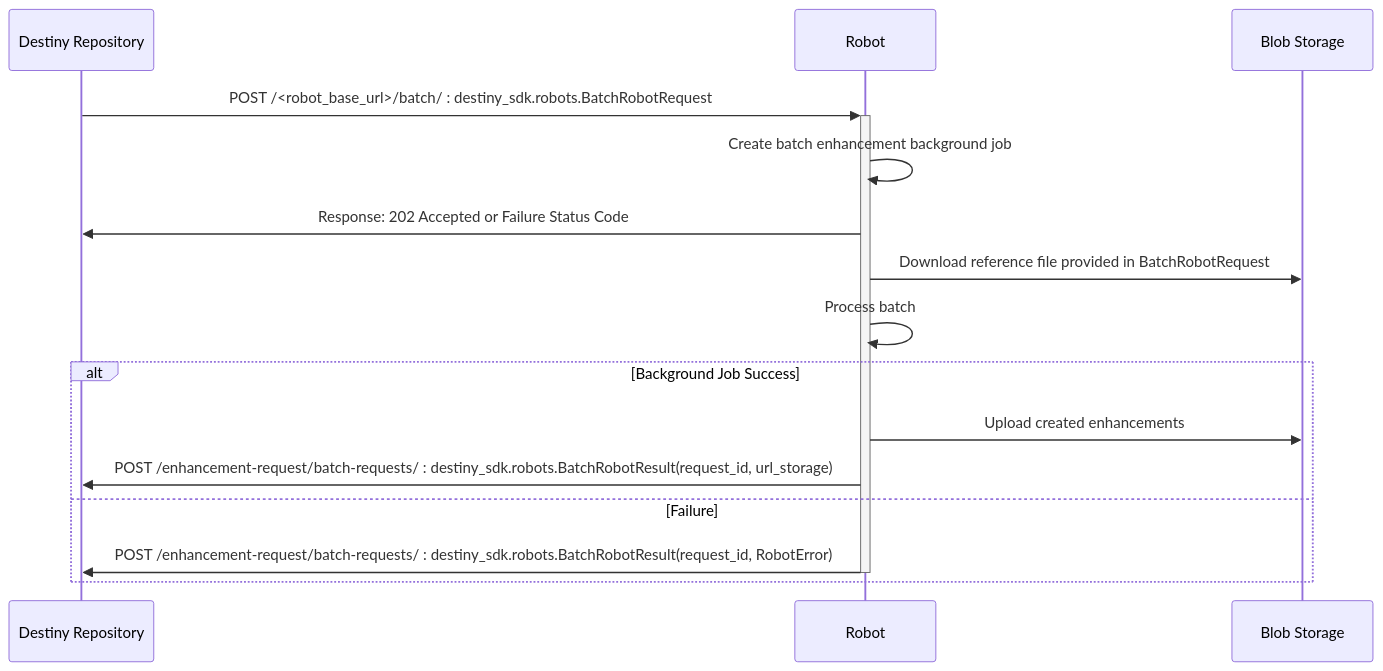
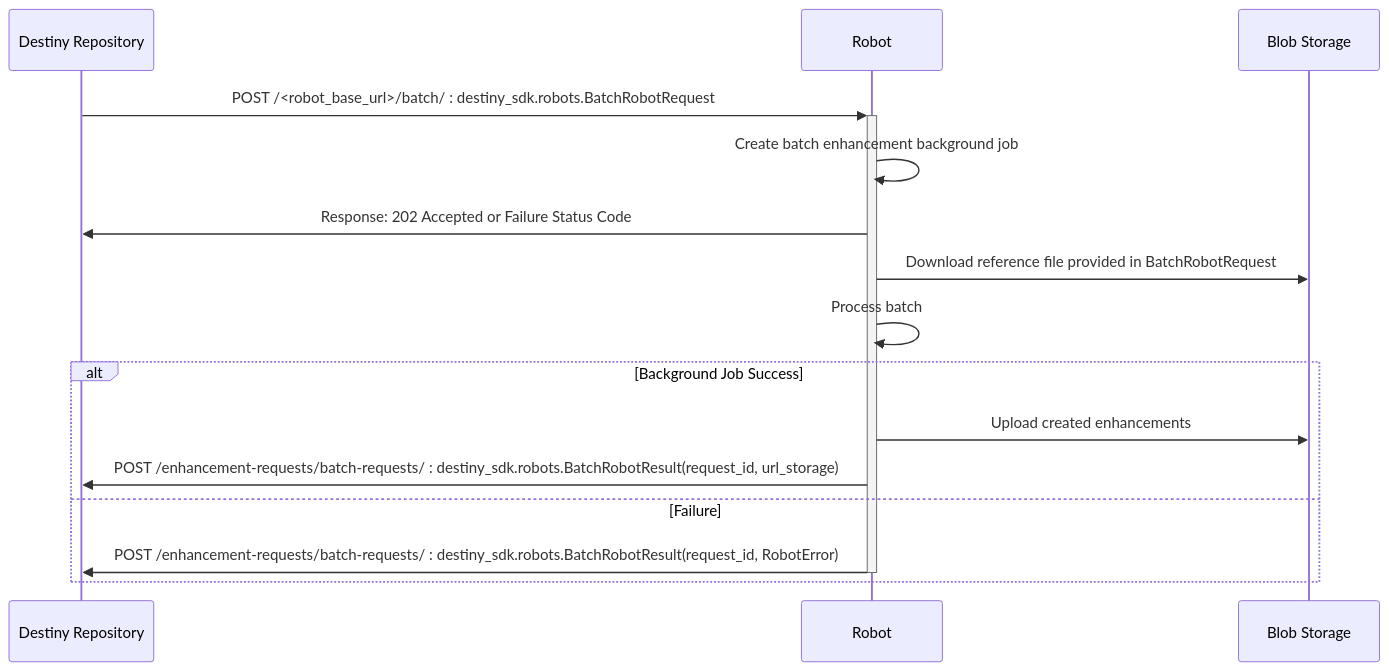
The second of 2 diagrams in README.md (destiny-evidence/fetch-abstracts-robot), drawn with Mermaid before and after one commit. The commit also changed other lines of this file and 1 other file, not shown here.

Commit message:
fixed readme api urls

````diff
--- a/README.md
+++ b/README.md
@@ -71,17 +71,17 @@
 ```mermaid
     sequenceDiagram
         participant Destiny Repository
         participant Robot
         participant Blob Storage
         Destiny Repository->>+Robot: POST /<robot_base_url>/batch/ : destiny_sdk.robots.BatchRobotRequest
         Robot->>Robot: Create batch enhancement background job
         Robot->>Destiny Repository: Response: 202 Accepted or Failure Status Code
         Robot->>Blob Storage: Download reference file provided in BatchRobotRequest
         Robot->>Robot: Process batch
         alt Background Job Success
             Robot->>Blob Storage: Upload created enhancements
-            Robot->>Destiny Repository: POST /enhancement-request/batch-requests/ : destiny_sdk.robots.BatchRobotResult(request_id, url_storage)
+            Robot->>Destiny Repository: POST /enhancement-requests/batch-requests/ : destiny_sdk.robots.BatchRobotResult(request_id, url_storage)
         else Failure
-            Robot->>-Destiny Repository: POST /enhancement-request/batch-requests/ : destiny_sdk.robots.BatchRobotResult(request_id, RobotError)
+            Robot->>-Destiny Repository: POST /enhancement-requests/batch-requests/ : destiny_sdk.robots.BatchRobotResult(request_id, RobotError)
         end
 ```
````
